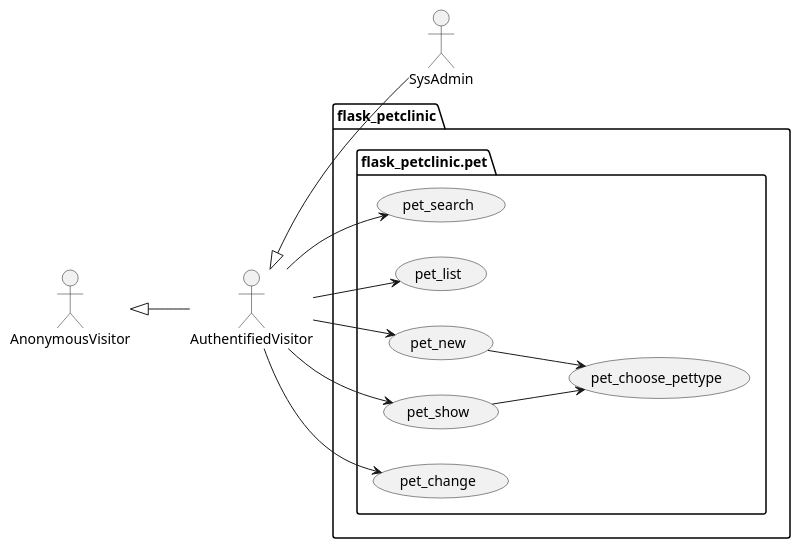
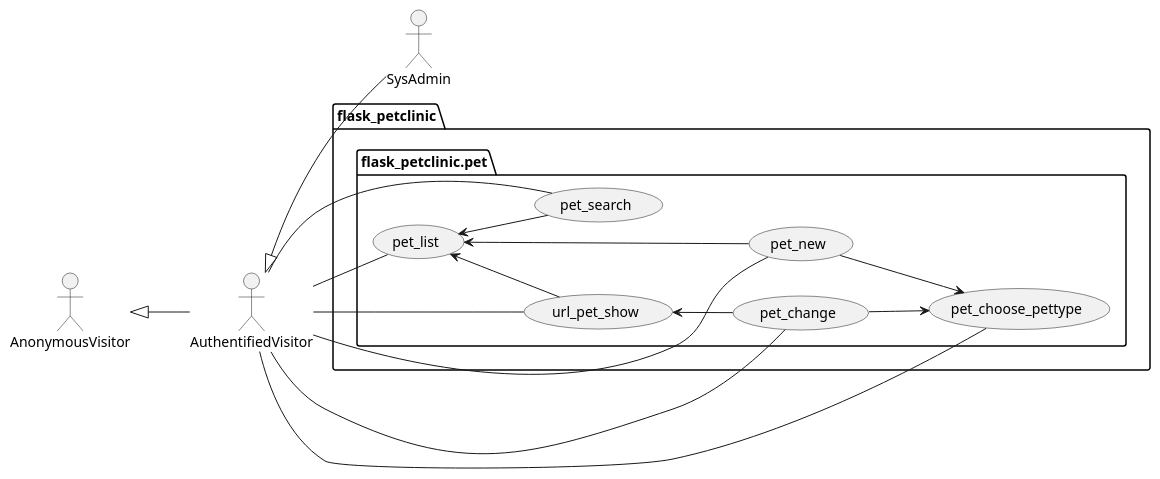
Before and after one commit to Jakarta-EE-Petclinic/petclinic_flask: the diagram in project/petclinic_model/pet/pet.puml, drawn with PlantUML. The commit also changed 7 other files, not shown here.

```diff
--- a/project/petclinic_model/pet/pet.puml
+++ b/project/petclinic_model/pet/pet.puml
@@ -1,31 +1,36 @@
 @startuml
 left to right direction
 
 actor AnonymousVisitor as av
 actor AuthentifiedVisitor as au
 actor SysAdmin as sa
 
 av <|-- au
 au <|-- sa
 
 package flask_petclinic {
 
     package flask_petclinic.pet {
         usecase pet_search as uc5000
         usecase pet_list as uc5001
         usecase pet_new as uc5002
-        usecase pet_show as uc5003
+        usecase url_pet_show as uc5003
         usecase pet_change as uc5004
-        usecase pet_choose_pettype as uc5006
+        usecase pet_choose_pettype as uc5005
 
-        au --> uc5000
-        au --> uc5001
-        au --> uc5002
-        au --> uc5003
-        au --> uc5004
+        au -- uc5000
+        au -- uc5001
+        au -- uc5002
+        au -- uc5003
+        au -- uc5004
+        au -- uc5005
 
-        uc5002 --> uc5006
-        uc5003 --> uc5006
+        uc5001 <-- uc5000
+        uc5001 <-- uc5002
+        uc5001 <-- uc5003
+        uc5003 <-- uc5004
+        uc5002 --> uc5005
+        uc5004 --> uc5005
     }
 }
 @enduml
```
